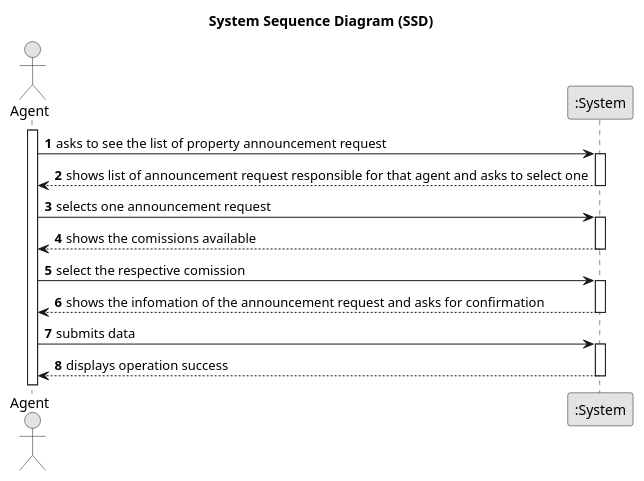
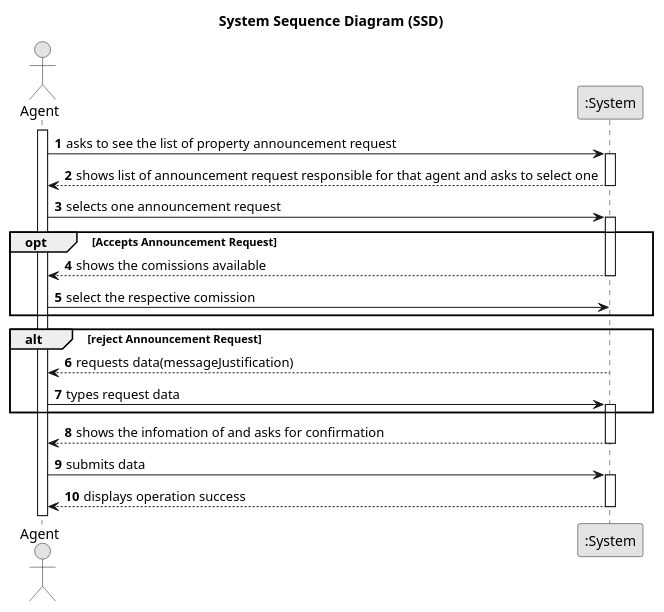
The diagram in docs/sprintC/US08/01.requirements-engineering/puml/us08-system-sequence-diagram.puml (PureNimble/ISEP-LAPR2), drawn with PlantUML before and after one commit. The commit also changed 3 other files, not shown here.

Commit message:
US08-Changing PublishAnnouncementRequestUI and the domain model SSD and Class Diagram

```diff
--- a/docs/sprintC/US08/01.requirements-engineering/puml/us08-system-sequence-diagram.puml
+++ b/docs/sprintC/US08/01.requirements-engineering/puml/us08-system-sequence-diagram.puml
@@ -1,42 +1,51 @@
 @startuml
 skinparam monochrome true
 skinparam packageStyle rectangle
 skinparam shadowing false
 
 title System Sequence Diagram (SSD)
 
 autonumber
 
 actor "Agent" as Agent
 participant ":System" as System
 
 activate Agent
 
     Agent -> System : asks to see the list of property announcement request
     activate System
 
      System --> Agent : shows list of announcement request responsible for that agent and asks to select one
         deactivate System
 
             Agent -> System : selects one announcement request
             activate System
 
-
+opt Accepts Announcement Request
 System --> Agent:shows the comissions available
 deactivate System
 
 Agent -> System:select the respective comission
+deactivate System
+end
+alt reject Announcement Request
+System --> Agent:requests data(messageJustification)
+deactivate System
+
+Agent -> System:types request data
 activate System
+end
 
-System --> Agent: shows the infomation of the announcement request and asks for confirmation
+System --> Agent: shows the infomation of and asks for confirmation
 deactivate System
+
 
  Agent -> System : submits data
     activate System
 
         System --> Agent : displays operation success
     deactivate System
 
 
 
 @enduml
```
